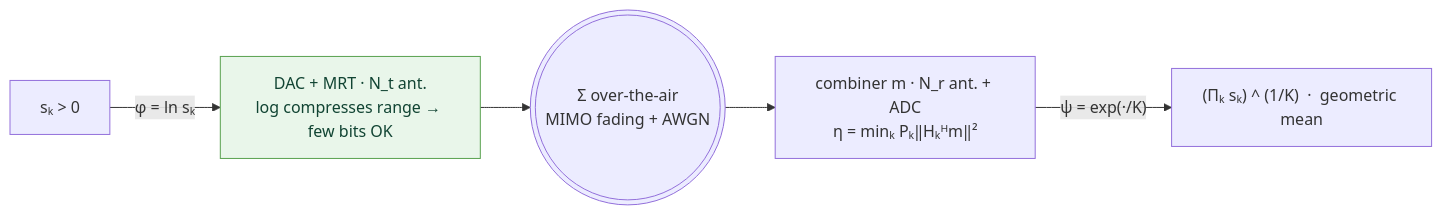
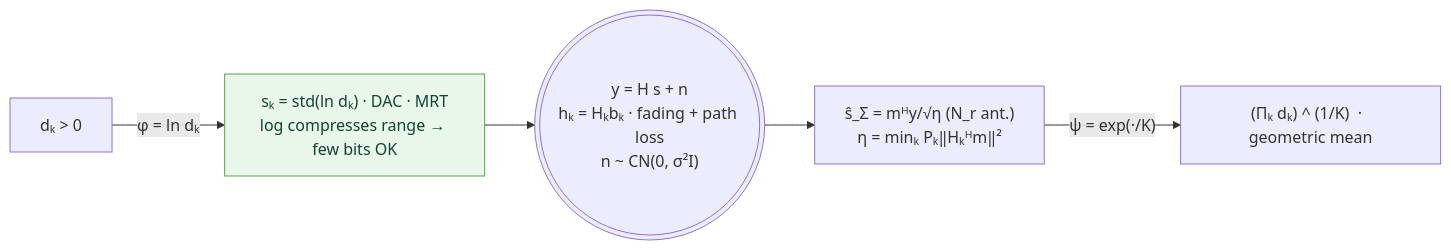
The sixth of 13 diagrams in README.md (wincle626/OverAirCompute), drawn with Mermaid before and after one commit. The commit also changed other lines of this file, not shown here.

````diff
--- a/README.md
+++ b/README.md
@@ -302,9 +319,9 @@
 ```mermaid
 flowchart LR
-    s["sₖ > 0"] -->|"φ = ln sₖ"| tx["DAC + MRT · N_t ant.<br/>log compresses range → few bits OK"]
-    tx --> air((("Σ over-the-air<br/>MIMO fading + AWGN")))
-    air --> rx["combiner m · N_r ant. + ADC<br/>η = minₖ Pₖ‖Hₖᴴm‖²"]
-    rx -->|"ψ = exp(·/K)"| r["(Πₖ sₖ) ^ (1/K)  ·  geometric mean"]
+    d["dₖ > 0"] -->|"φ = ln dₖ"| tx["sₖ = std(ln dₖ) · DAC · MRT<br/>log compresses range → few bits OK"]
+    tx --> y((("y = H s + n<br/>hₖ = Hₖbₖ · fading + path loss<br/>n ~ CN(0, σ²I)")))
+    y --> rx["ŝ_Σ = mᴴy/√η (N_r ant.)<br/>η = minₖ Pₖ‖Hₖᴴm‖²"]
+    rx -->|"ψ = exp(·/K)"| r["(Πₖ dₖ) ^ (1/K)  ·  geometric mean"]
     classDef cool fill:#e9f6ea,stroke:#59A14F,color:#143;
     class tx cool;
 ```
````
